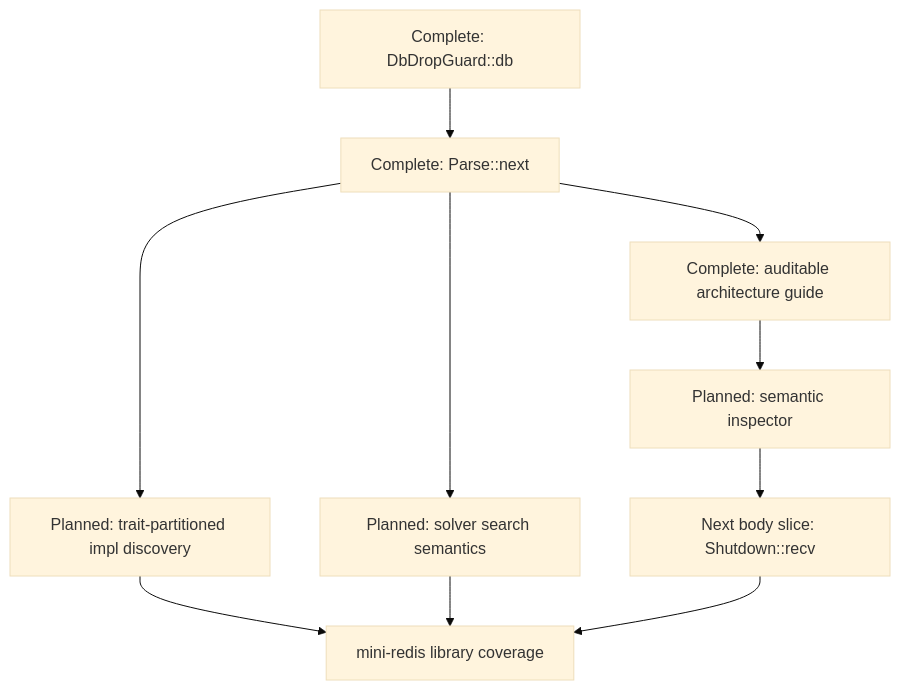
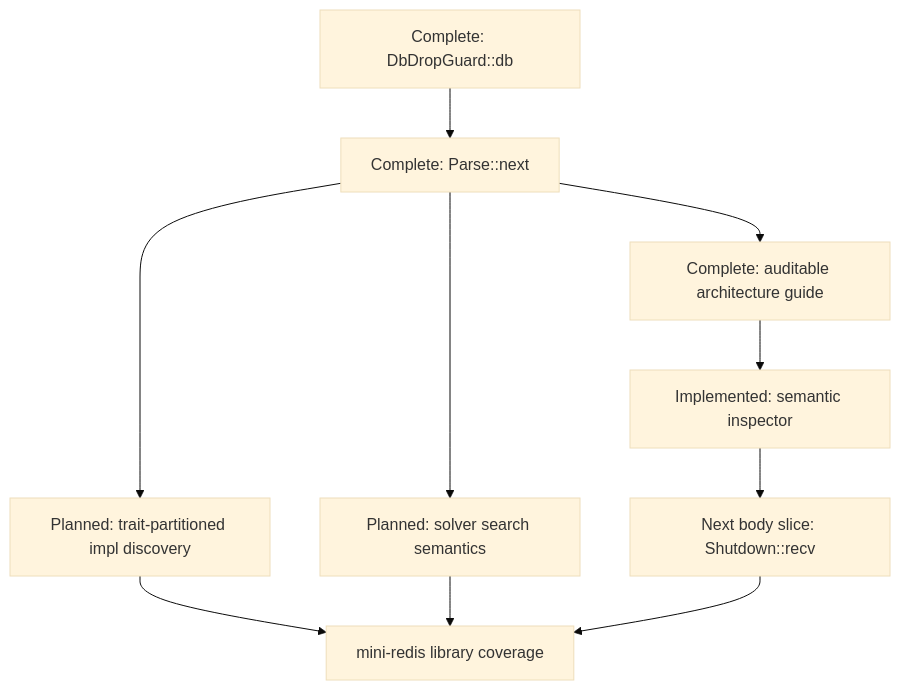
Before and after one commit to nikomatsakis/sage-dev: the diagram in md/implementation/roadmap.md, drawn with Mermaid (base theme). The commit also changed other lines of this file and 218 other files, not shown here.

First line of the commit message:
Implement the semantic inspector

````diff
--- a/md/implementation/roadmap.md
+++ b/md/implementation/roadmap.md
@@ -15,12 +15,12 @@
 ```mermaid
 flowchart TD
     Db[Complete: DbDropGuard::db] --> Parse[Complete: Parse::next]
     Parse --> Docs[Complete: auditable architecture guide]
-    Docs --> Inspect[Planned: semantic inspector]
+    Docs --> Inspect[Implemented: semantic inspector]
     Parse --> ImplIndex[Planned: trait-partitioned impl discovery]
     Parse --> SolverSearch[Planned: solver search semantics]
     Inspect --> Shutdown[Next body slice: Shutdown::recv]
     ImplIndex --> Library[mini-redis library coverage]
     SolverSearch --> Library
     Shutdown --> Library
 ```
````
